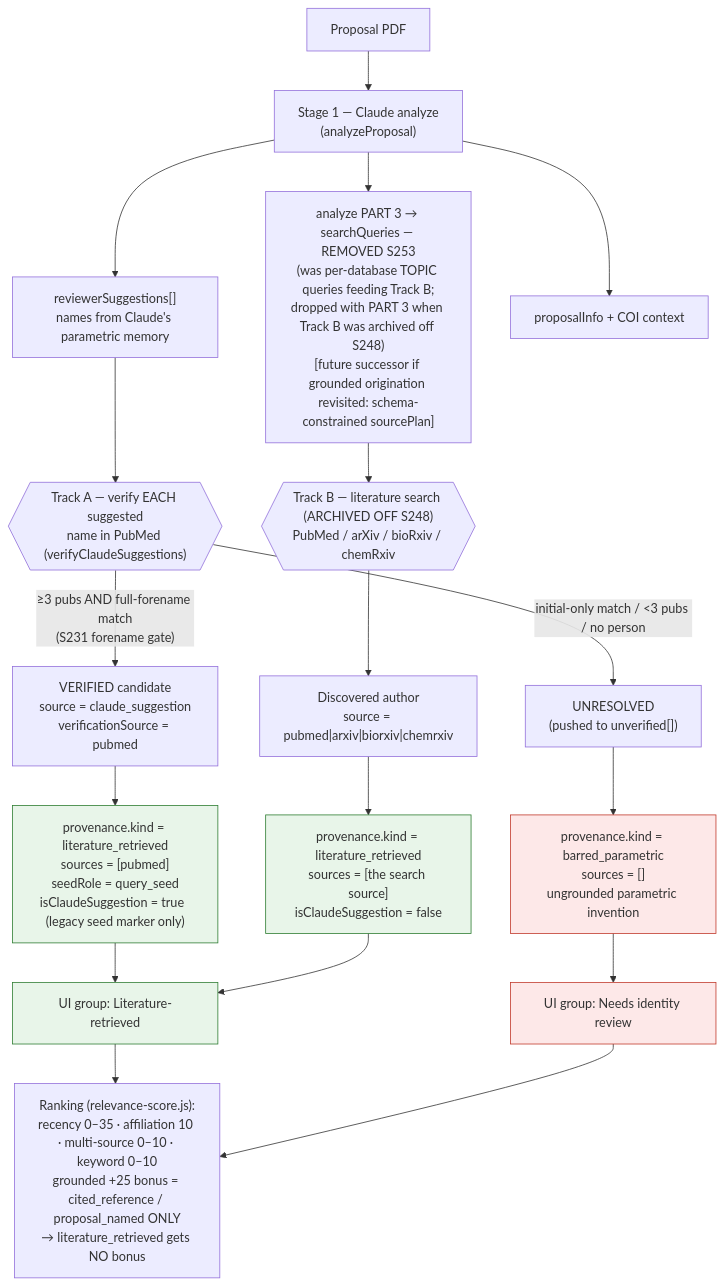
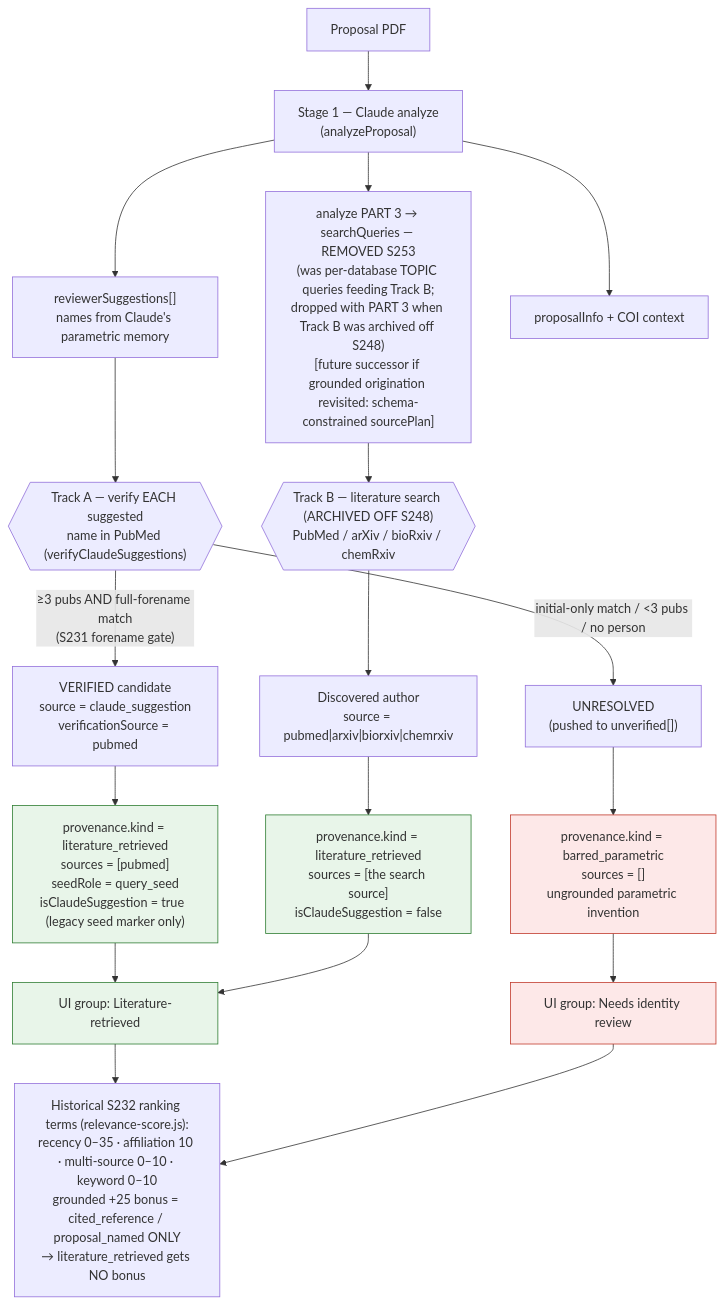
One commit to justingallivan/wmkf-research-apps changed the diagram in docs/REVIEWER_PROVENANCE_MODEL.md. Above: the diagram before and after it, drawn with Mermaid. The commit also changed other lines of this file and 21 other files, not shown here.

````diff
--- a/docs/REVIEWER_PROVENANCE_MODEL.md
+++ b/docs/REVIEWER_PROVENANCE_MODEL.md
@@ -47,31 +51,31 @@
 ```mermaid
 flowchart TD
     P[Proposal PDF] --> A["Stage 1 — Claude analyze<br/>(analyzeProposal)"]
     A --> S["reviewerSuggestions[]<br/>names from Claude's parametric memory"]
     A --> Q["analyze PART 3 → searchQueries — REMOVED S253<br/>(was per-database TOPIC queries feeding Track B;<br/>dropped with PART 3 when Track B was archived off S248)<br/>[future successor if grounded origination revisited: schema-constrained sourcePlan]"]
     A --> I["proposalInfo + COI context"]
 
     S --> TA{{"Track A — verify EACH suggested<br/>name in PubMed (verifyClaudeSuggestions)"}}
     Q --> TB{{"Track B — literature search (ARCHIVED OFF S248)<br/>PubMed / arXiv / bioRxiv / chemRxiv"}}
 
     TA -->|"≥3 pubs AND full-forename match<br/>(S231 forename gate)"| V["VERIFIED candidate<br/>source = claude_suggestion<br/>verificationSource = pubmed"]
     TA -->|"initial-only match / &lt;3 pubs / no person"| U["UNRESOLVED<br/>(pushed to unverified[])"]
 
     TB --> D["Discovered author<br/>source = pubmed|arxiv|biorxiv|chemrxiv"]
 
     V --> VP["provenance.kind = literature_retrieved<br/>sources = [pubmed]<br/>seedRole = query_seed<br/>isClaudeSuggestion = true  (legacy seed marker only)"]
     U --> UP["provenance.kind = barred_parametric<br/>sources = []<br/>ungrounded parametric invention"]
     D --> DP["provenance.kind = literature_retrieved<br/>sources = [the search source]<br/>isClaudeSuggestion = false"]
 
     VP --> G1["UI group: Literature-retrieved"]
     DP --> G1
     UP --> G2["UI group: Needs identity review"]
 
-    G1 --> R["Ranking (relevance-score.js):<br/>recency 0–35 · affiliation 10 · multi-source 0–10 · keyword 0–10<br/>grounded +25 bonus = cited_reference / proposal_named ONLY<br/>→ literature_retrieved gets NO bonus"]
+    G1 --> R["Historical S232 ranking terms (relevance-score.js):<br/>recency 0–35 · affiliation 10 · multi-source 0–10 · keyword 0–10<br/>grounded +25 bonus = cited_reference / proposal_named ONLY<br/>→ literature_retrieved gets NO bonus"]
     G2 --> R
 
     classDef barred fill:#fde8e8,stroke:#c0392b;
     classDef grounded fill:#e8f5e9,stroke:#2e7d32;
     class UP,G2 barred;
     class VP,DP,G1 grounded;
 ```
````
